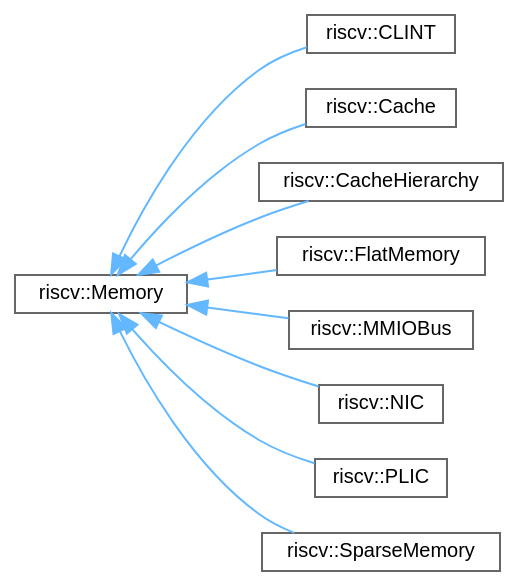
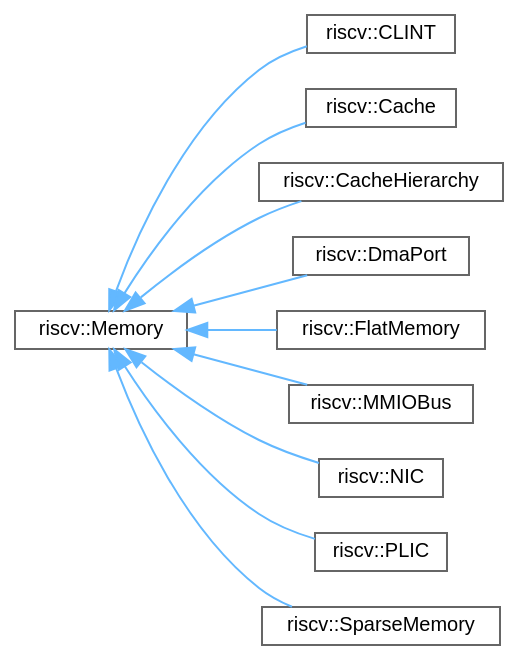
Before and after one commit to danstr0/riscv-uArch-engine: the diagram in api/inherit_graph_29.dot, drawn with Graphviz. The commit also changed 202 other files, not shown here.

```diff
--- a/api/inherit_graph_29.dot
+++ b/api/inherit_graph_29.dot
@@ -1,25 +1,27 @@
 digraph "Graphical Class Hierarchy"
 {
  // LATEX_PDF_SIZE
   bgcolor="transparent";
   edge [fontname=Helvetica,fontsize=10,labelfontname=Helvetica,labelfontsize=10];
   node [fontname=Helvetica,fontsize=10,shape=box,height=0.2,width=0.4];
   rankdir="LR";
   Node0 [id="Node000000",label="riscv::Memory",height=0.2,width=0.4,color="grey40", fillcolor="white", style="filled",URL="$classriscv_1_1Memory.html",tooltip="Abstract interface for all memory-mapped entities."];
   Node0 -> Node1 [id="edge1_Node000000_Node000001",dir="back",color="steelblue1",style="solid",tooltip=" "];
   Node1 [id="Node000001",label="riscv::CLINT",height=0.2,width=0.4,color="grey40", fillcolor="white", style="filled",URL="$classriscv_1_1CLINT.html",tooltip=" "];
   Node0 -> Node2 [id="edge2_Node000000_Node000002",dir="back",color="steelblue1",style="solid",tooltip=" "];
   Node2 [id="Node000002",label="riscv::Cache",height=0.2,width=0.4,color="grey40", fillcolor="white", style="filled",URL="$classriscv_1_1Cache.html",tooltip="Single cache level with configurable geometry, replacement, and write policies."];
   Node0 -> Node3 [id="edge3_Node000000_Node000003",dir="back",color="steelblue1",style="solid",tooltip=" "];
   Node3 [id="Node000003",label="riscv::CacheHierarchy",height=0.2,width=0.4,color="grey40", fillcolor="white", style="filled",URL="$classriscv_1_1CacheHierarchy.html",tooltip="Multi-level cache chain backed by a main memory."];
   Node0 -> Node4 [id="edge4_Node000000_Node000004",dir="back",color="steelblue1",style="solid",tooltip=" "];
-  Node4 [id="Node000004",label="riscv::FlatMemory",height=0.2,width=0.4,color="grey40", fillcolor="white", style="filled",URL="$classriscv_1_1FlatMemory.html",tooltip="Contiguous, byte-addressable RAM region."];
+  Node4 [id="Node000004",label="riscv::DmaPort",height=0.2,width=0.4,color="grey40", fillcolor="white", style="filled",URL="$classriscv_1_1DmaPort.html",tooltip=" "];
   Node0 -> Node5 [id="edge5_Node000000_Node000005",dir="back",color="steelblue1",style="solid",tooltip=" "];
-  Node5 [id="Node000005",label="riscv::MMIOBus",height=0.2,width=0.4,color="grey40", fillcolor="white", style="filled",URL="$classriscv_1_1MMIOBus.html",tooltip="Address-space router connecting the CPU to memory-mapped devices."];
+  Node5 [id="Node000005",label="riscv::FlatMemory",height=0.2,width=0.4,color="grey40", fillcolor="white", style="filled",URL="$classriscv_1_1FlatMemory.html",tooltip="Contiguous, byte-addressable RAM region."];
   Node0 -> Node6 [id="edge6_Node000000_Node000006",dir="back",color="steelblue1",style="solid",tooltip=" "];
-  Node6 [id="Node000006",label="riscv::NIC",height=0.2,width=0.4,color="grey40", fillcolor="white", style="filled",URL="$classriscv_1_1NIC.html",tooltip="Cycle-accurate network interface controller."];
+  Node6 [id="Node000006",label="riscv::MMIOBus",height=0.2,width=0.4,color="grey40", fillcolor="white", style="filled",URL="$classriscv_1_1MMIOBus.html",tooltip="Address-space router connecting the CPU to memory-mapped devices."];
   Node0 -> Node7 [id="edge7_Node000000_Node000007",dir="back",color="steelblue1",style="solid",tooltip=" "];
-  Node7 [id="Node000007",label="riscv::PLIC",height=0.2,width=0.4,color="grey40", fillcolor="white", style="filled",URL="$classriscv_1_1PLIC.html",tooltip="MMIO-mapped Platform-Level Interrupt Controller."];
+  Node7 [id="Node000007",label="riscv::NIC",height=0.2,width=0.4,color="grey40", fillcolor="white", style="filled",URL="$classriscv_1_1NIC.html",tooltip="Cycle-accurate network interface controller."];
   Node0 -> Node8 [id="edge8_Node000000_Node000008",dir="back",color="steelblue1",style="solid",tooltip=" "];
-  Node8 [id="Node000008",label="riscv::SparseMemory",height=0.2,width=0.4,color="grey40", fillcolor="white", style="filled",URL="$classriscv_1_1SparseMemory.html",tooltip=" "];
+  Node8 [id="Node000008",label="riscv::PLIC",height=0.2,width=0.4,color="grey40", fillcolor="white", style="filled",URL="$classriscv_1_1PLIC.html",tooltip="MMIO-mapped Platform-Level Interrupt Controller."];
+  Node0 -> Node9 [id="edge9_Node000000_Node000009",dir="back",color="steelblue1",style="solid",tooltip=" "];
+  Node9 [id="Node000009",label="riscv::SparseMemory",height=0.2,width=0.4,color="grey40", fillcolor="white", style="filled",URL="$classriscv_1_1SparseMemory.html",tooltip=" "];
 }
```
